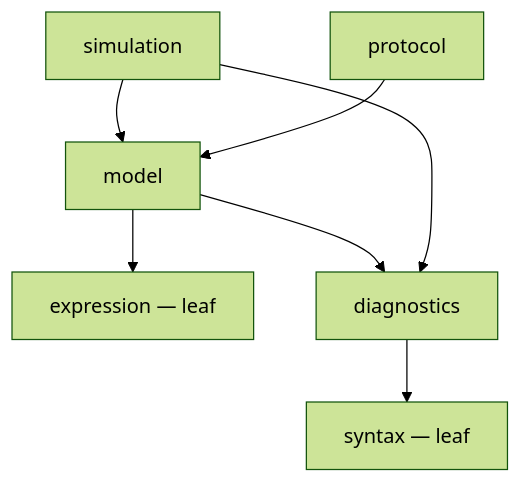
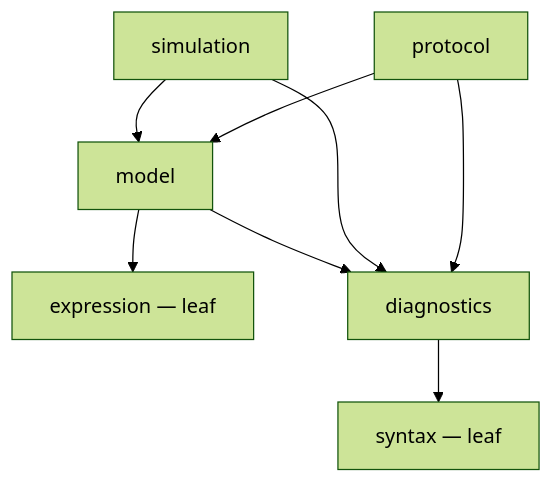
The first of 2 diagrams in packages/contracts/README.md (orchis-dynamics/sysdml), drawn with Mermaid (forest theme) before and after one commit. The commit also changed 16 other files, not shown here.

````diff
--- a/packages/contracts/README.md
+++ b/packages/contracts/README.md
@@ -29,11 +29,12 @@
 ```mermaid
 graph TD
   expression["expression — leaf"]
   syntax["syntax — leaf"]
   diagnostics --> syntax
   model --> expression
   model --> diagnostics
   simulation --> model
   simulation --> diagnostics
+  protocol --> diagnostics
   protocol --> model
 ```
````
